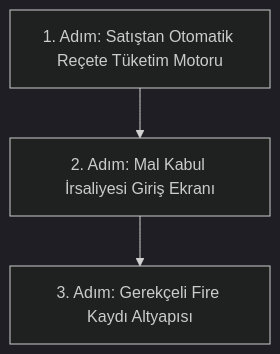
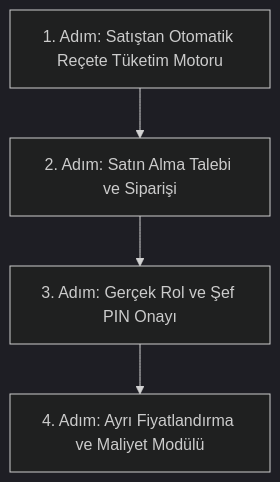
Before and after one commit to RAhsencicek/HIPOS: the diagram in docs/00-devir-rehberi/MODUL_05_STOK_VE_RECETE.md, drawn with Mermaid (dark theme). The commit also changed other lines of this file and 12 other files, not shown here.

````diff
--- a/docs/00-devir-rehberi/MODUL_05_STOK_VE_RECETE.md
+++ b/docs/00-devir-rehberi/MODUL_05_STOK_VE_RECETE.md
@@ -110,5 +113,6 @@
 ```mermaid
 graph TD
-    A[1. Adım: Satıştan Otomatik Reçete Tüketim Motoru] --> B[2. Adım: Mal Kabul İrsaliyesi Giriş Ekranı]
-    B --> C[3. Adım: Gerekçeli Fire Kaydı Altyapısı]
+    A[1. Adım: Satıştan Otomatik Reçete Tüketim Motoru] --> B[2. Adım: Satın Alma Talebi ve Siparişi]
+    B --> C[3. Adım: Gerçek Rol ve Şef PIN Onayı]
+    C --> D[4. Adım: Ayrı Fiyatlandırma ve Maliyet Modülü]
 ```
````
